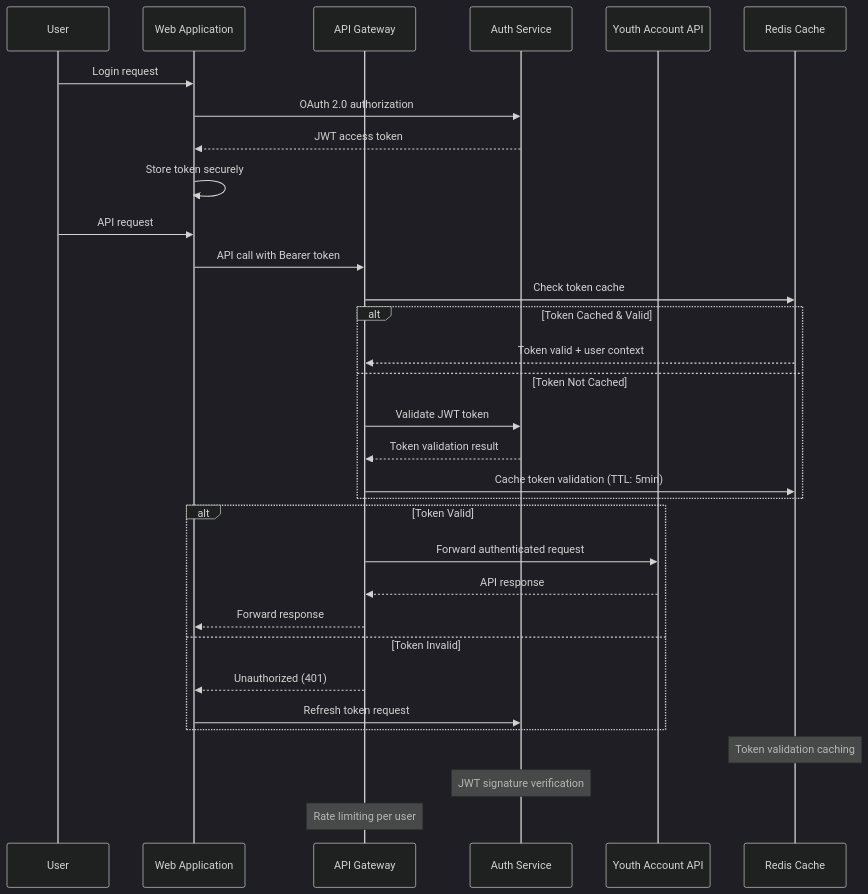
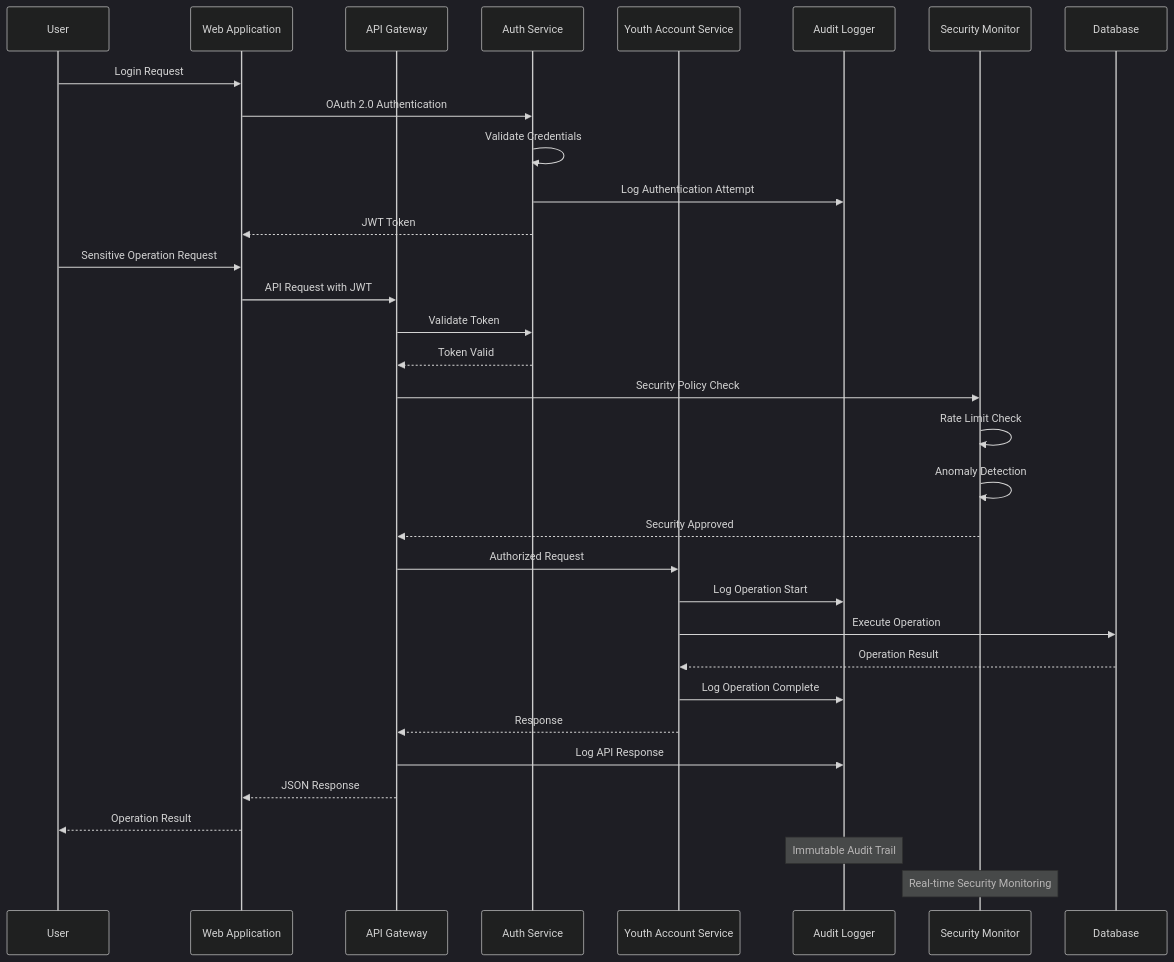
Before and after one commit to ThapaswiASC/SCIB-INCEPTION-PHASE-DEMO: the eighth of 8 diagrams in API Development/Components and Sequence Diagrams/sequence_diagram.md, drawn with Mermaid (dark theme). The commit also changed other lines of this file and 1 other file, not shown here.

````diff
--- a/API Development/Components and Sequence Diagrams/sequence_diagram.md
+++ b/API Development/Components and Sequence Diagrams/sequence_diagram.md
@@ -235,39 +323,41 @@
 ```mermaid
 sequenceDiagram
-    participant User as User
-    participant WebApp as Web Application
-    participant Gateway as API Gateway
-    participant AuthSvc as Auth Service
-    participant YouthAPI as Youth Account API
-    participant Cache as Redis Cache
+    participant U as User
+    participant WA as Web Application
+    participant AG as API Gateway
+    participant AS as Auth Service
+    participant YS as Youth Account Service
+    participant AL as Audit Logger
+    participant SM as Security Monitor
+    participant DB as Database
+
+    U->>WA: Login Request
+    WA->>AS: OAuth 2.0 Authentication
+    AS->>AS: Validate Credentials
+    AS->>AL: Log Authentication Attempt
+    AS-->>WA: JWT Token
     
-    User->>WebApp: Login request
-    WebApp->>AuthSvc: OAuth 2.0 authorization
-    AuthSvc-->>WebApp: JWT access token
-    WebApp->>WebApp: Store token securely
+    U->>WA: Sensitive Operation Request
+    WA->>AG: API Request with JWT
+    AG->>AS: Validate Token
+    AS-->>AG: Token Valid
     
-    User->>WebApp: API request
-    WebApp->>Gateway: API call with Bearer token
-    Gateway->>Cache: Check token cache
+    AG->>SM: Security Policy Check
+    SM->>SM: Rate Limit Check
+    SM->>SM: Anomaly Detection
+    SM-->>AG: Security Approved
     
-    alt Token Cached & Valid
-        Cache-->>Gateway: Token valid + user context
-    else Token Not Cached
-        Gateway->>AuthSvc: Validate JWT token
-        AuthSvc-->>Gateway: Token validation result
-        Gateway->>Cache: Cache token validation (TTL: 5min)
-    end
+    AG->>YS: Authorized Request
+    YS->>AL: Log Operation Start
+    YS->>DB: Execute Operation
+    DB-->>YS: Operation Result
+    YS->>AL: Log Operation Complete
     
-    alt Token Valid
-        Gateway->>YouthAPI: Forward authenticated request
-        YouthAPI-->>Gateway: API response
-        Gateway-->>WebApp: Forward response
-    else Token Invalid
-        Gateway-->>WebApp: Unauthorized (401)
-        WebApp->>AuthSvc: Refresh token request
-    end
+    YS-->>AG: Response
+    AG->>AL: Log API Response
+    AG-->>WA: JSON Response
+    WA-->>U: Operation Result
     
-    Note over Cache: Token validation caching
-    Note over AuthSvc: JWT signature verification
-    Note over Gateway: Rate limiting per user
+    Note over AL: Immutable Audit Trail
+    Note over SM: Real-time Security Monitoring
 ```
````
